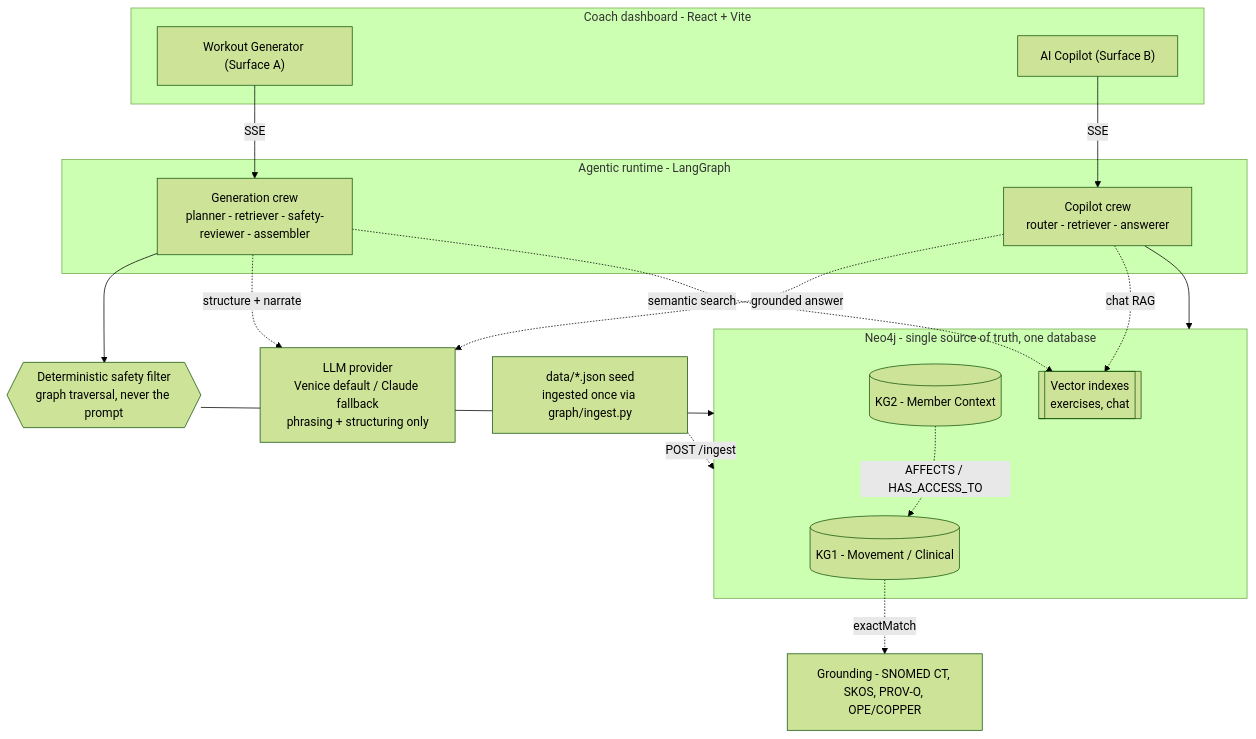
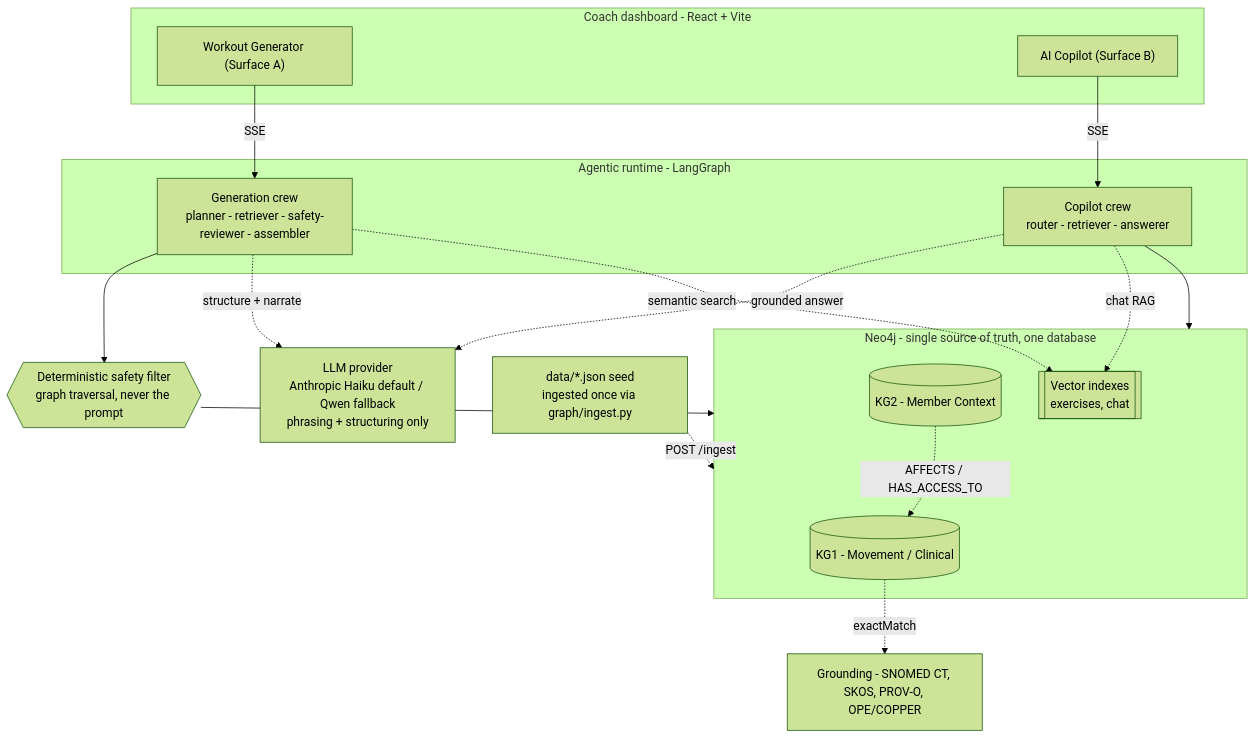
The diagram in README.md (trossitter/future-coach-dashboard), drawn with Mermaid (forest theme) before and after one commit. The commit also changed other lines of this file and 5 other files, not shown here.

Commit message:
fix(llm): make anthropic the primary provider

````diff
--- a/README.md
+++ b/README.md
@@ -16,35 +16,35 @@
 ```mermaid
 flowchart TB
   subgraph UI["Coach dashboard - React + Vite"]
     A["Workout Generator (Surface A)"]
     B["AI Copilot (Surface B)"]
   end
 
   subgraph RT["Agentic runtime - LangGraph"]
     G["Generation crew<br/>planner - retriever - safety-reviewer - assembler"]
     C["Copilot crew<br/>router - retriever - answerer"]
   end
 
   SAFE{{"Deterministic safety filter<br/>graph traversal, never the prompt"}}
 
   subgraph KG["Neo4j - single source of truth, one database"]
     K1[("KG1 - Movement / Clinical")]
     K2[("KG2 - Member Context")]
     VEC[["Vector indexes<br/>exercises, chat"]]
   end
 
   SEED["data/*.json seed<br/>ingested once via graph/ingest.py"]
   SEED -.->|"POST /ingest"| KG
 
-  LLM["LLM provider<br/>Venice default / Claude fallback<br/>phrasing + structuring only"]
+  LLM["LLM provider<br/>Anthropic Haiku default / Qwen fallback<br/>phrasing + structuring only"]
   GR["Grounding - SNOMED CT, SKOS, PROV-O, OPE/COPPER"]
 
   A -->|SSE| G --> SAFE --> KG
   B -->|SSE| C --> KG
   G -.->|"structure + narrate"| LLM
   C -.->|"grounded answer"| LLM
   G -.->|"semantic search"| VEC
   C -.->|"chat RAG"| VEC
   K1 -.->|exactMatch| GR
   K2 -.->|"AFFECTS / HAS_ACCESS_TO"| K1
 ```
````
